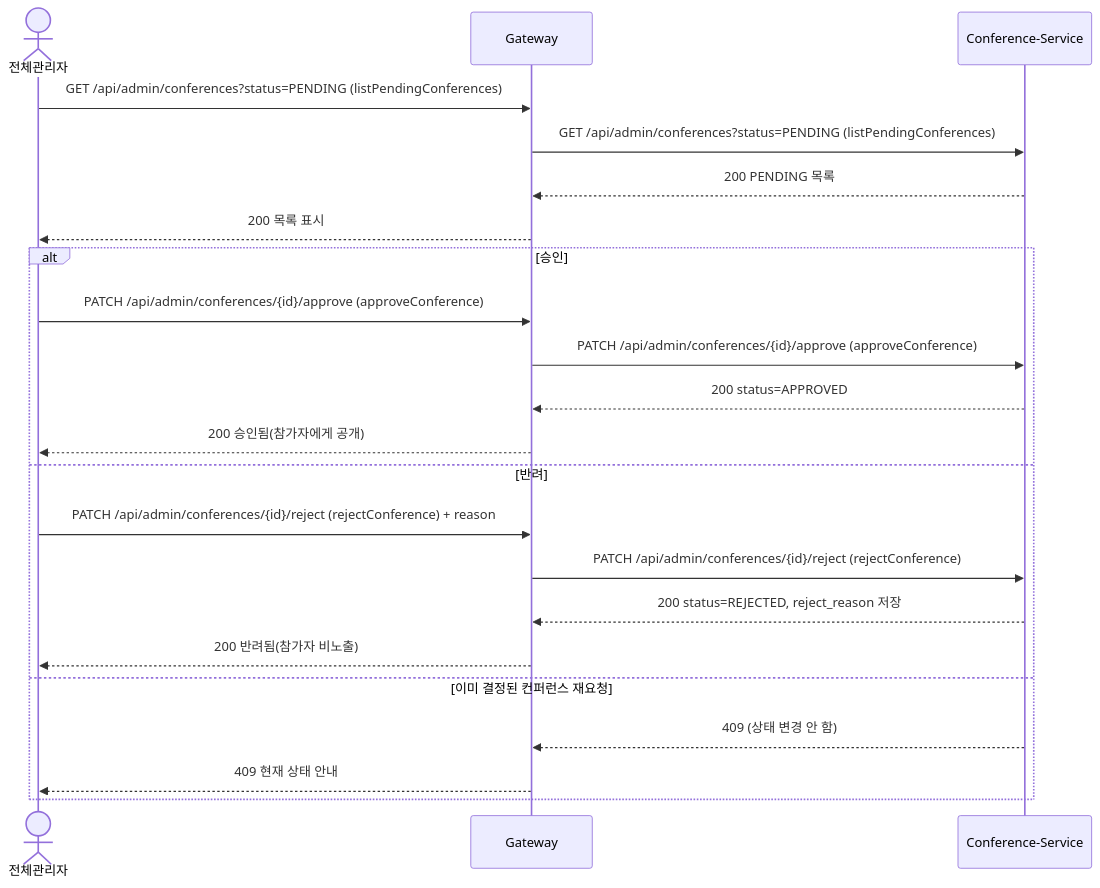
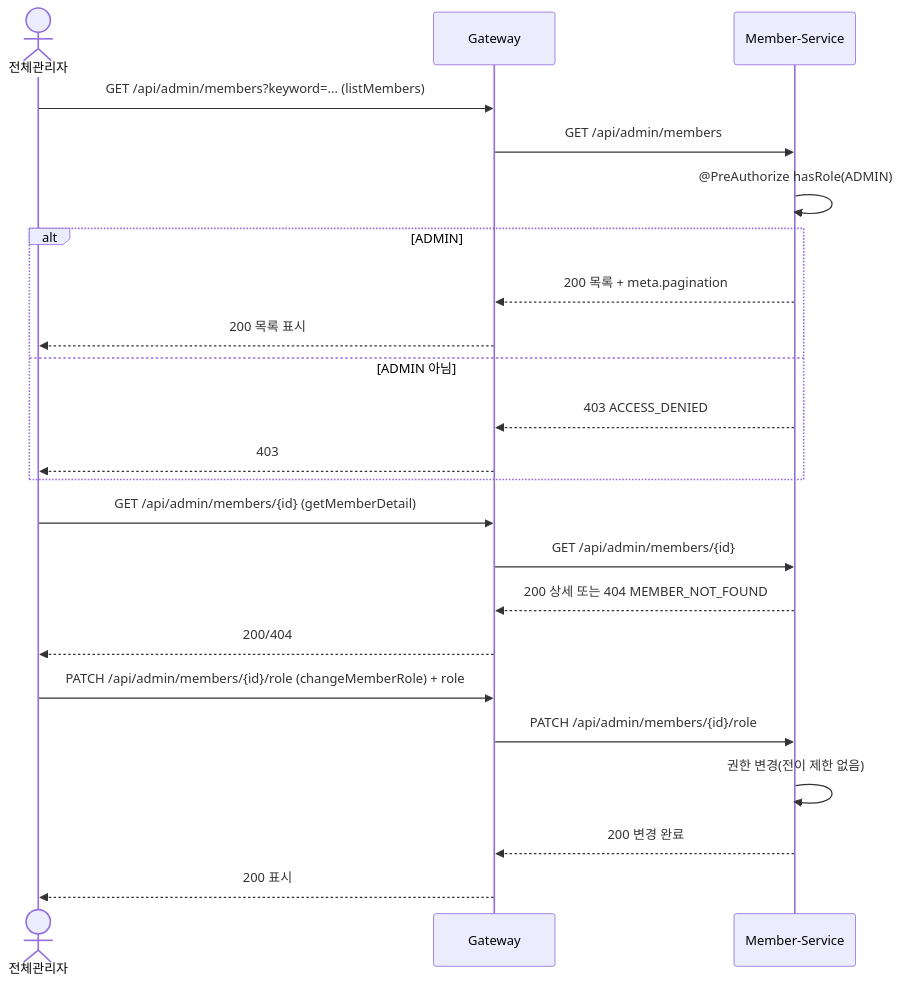
Before and after one commit to likelion-backend-24th/Final-Project-Team3: diagram 11 of 30 in docs/시퀀스.md, drawn with Mermaid. The commit also changed other lines of this file and 4 other files, not shown here.

````diff
--- a/docs/시퀀스.md
+++ b/docs/시퀀스.md
@@ -157,24 +293,25 @@
 ```mermaid
 sequenceDiagram
     actor SA as 전체관리자
     participant G as Gateway
-    participant CS as Conference-Service
-    SA->>G: GET /api/admin/conferences?status=PENDING (listPendingConferences)
-    G->>CS: GET /api/admin/conferences?status=PENDING (listPendingConferences)
-    CS-->>G: 200 PENDING 목록
-    G-->>SA: 200 목록 표시
-    alt 승인
-        SA->>G: PATCH /api/admin/conferences/{id}/approve (approveConference)
-        G->>CS: PATCH /api/admin/conferences/{id}/approve (approveConference)
-        CS-->>G: 200 status=APPROVED
-        G-->>SA: 200 승인됨(참가자에게 공개)
-    else 반려
-        SA->>G: PATCH /api/admin/conferences/{id}/reject (rejectConference) + reason
-        G->>CS: PATCH /api/admin/conferences/{id}/reject (rejectConference)
-        CS-->>G: 200 status=REJECTED, reject_reason 저장
-        G-->>SA: 200 반려됨(참가자 비노출)
-    else 이미 결정된 컨퍼런스 재요청
-        CS-->>G: 409 (상태 변경 안 함)
-        G-->>SA: 409 현재 상태 안내
+    participant MS as Member-Service
+    SA->>G: GET /api/admin/members?keyword=... (listMembers)
+    G->>MS: GET /api/admin/members
+    MS->>MS: @PreAuthorize hasRole(ADMIN)
+    alt ADMIN
+        MS-->>G: 200 목록 + meta.pagination
+        G-->>SA: 200 목록 표시
+    else ADMIN 아님
+        MS-->>G: 403 ACCESS_DENIED
+        G-->>SA: 403
     end
+    SA->>G: GET /api/admin/members/{id} (getMemberDetail)
+    G->>MS: GET /api/admin/members/{id}
+    MS-->>G: 200 상세 또는 404 MEMBER_NOT_FOUND
+    G-->>SA: 200/404
+    SA->>G: PATCH /api/admin/members/{id}/role (changeMemberRole) + role
+    G->>MS: PATCH /api/admin/members/{id}/role
+    MS->>MS: 권한 변경(전이 제한 없음)
+    MS-->>G: 200 변경 완료
+    G-->>SA: 200 표시
 ```
````
